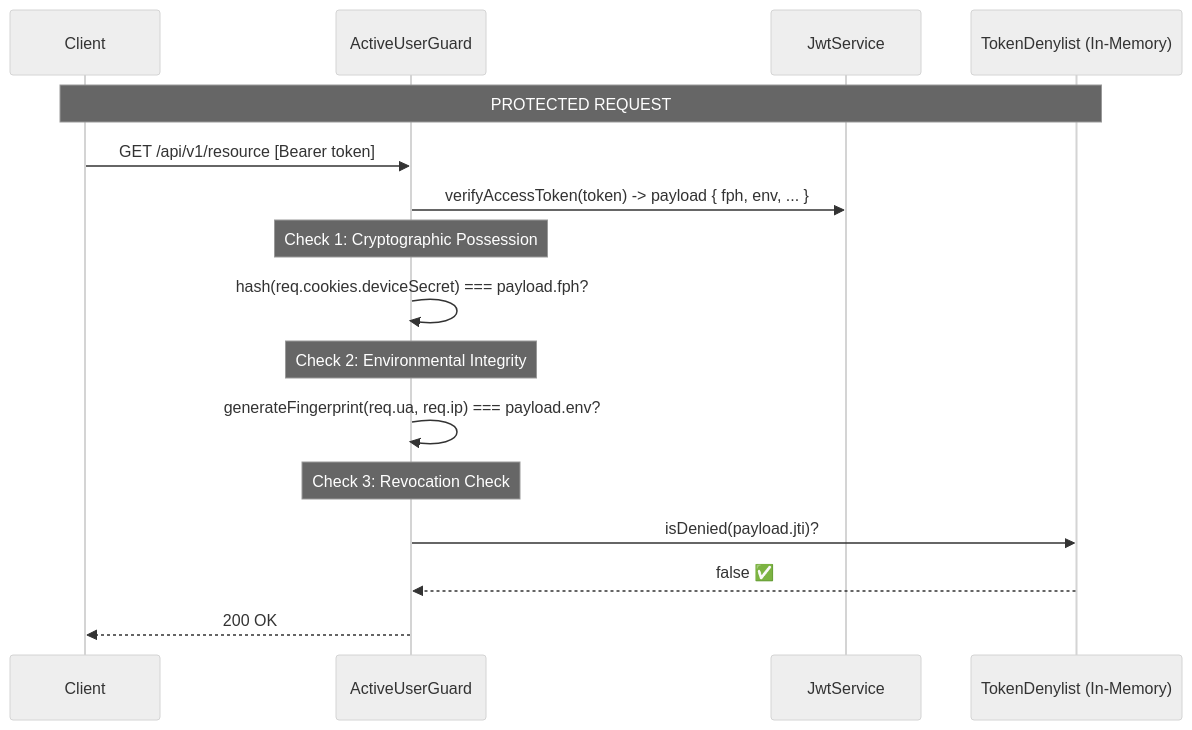
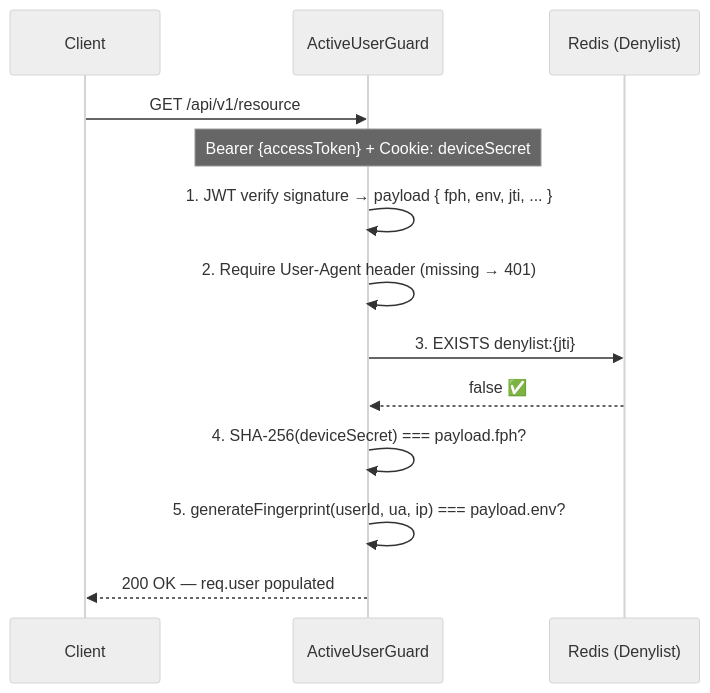
The third of 5 diagrams in apps/api/docs/auth.md (itsferdiardiansa/ECommerce-Stats), drawn with Mermaid (neutral theme) before and after one commit. The commit also changed other lines of this file and 8 other files, not shown here.

First line of the commit message:
perf(auth): optimize refresh token flow to reduce db and redis i/o

````diff
--- a/apps/api/docs/auth.md
+++ b/apps/api/docs/auth.md
@@ -88,22 +278,17 @@
 ```mermaid
 sequenceDiagram
     participant Client as Client
     participant Guard as ActiveUserGuard
-    participant JWT as JwtService
-    participant Denylist as TokenDenylist (In-Memory)
+    participant Redis as Redis (Denylist)
 
-    Note over Client, Denylist: PROTECTED REQUEST
-    Client->>Guard: GET /api/v1/resource [Bearer token]
-    Guard->>JWT: verifyAccessToken(token) -> payload { fph, env, ... }
+    Client->>Guard: GET /api/v1/resource
+    Note over Guard: Bearer {accessToken} + Cookie: deviceSecret
 
-    Note over Guard: Check 1: Cryptographic Possession
-    Guard->>Guard: hash(req.cookies.deviceSecret) === payload.fph?
-
-    Note over Guard: Check 2: Environmental Integrity
-    Guard->>Guard: generateFingerprint(req.ua, req.ip) === payload.env?
-
-    Note over Guard: Check 3: Revocation Check
-    Guard->>Denylist: isDenied(payload.jti)?
-    Denylist-->>Guard: false ✅
-    Guard-->>Client: 200 OK
+    Guard->>Guard: 1. JWT verify signature → payload { fph, env, jti, ... }
+    Guard->>Guard: 2. Require User-Agent header (missing → 401)
+    Guard->>Redis: 3. EXISTS denylist:{jti}
+    Redis-->>Guard: false ✅
+    Guard->>Guard: 4. SHA-256(deviceSecret) === payload.fph?
+    Guard->>Guard: 5. generateFingerprint(userId, ua, ip) === payload.env?
+    Guard-->>Client: 200 OK — req.user populated
 ```
````
